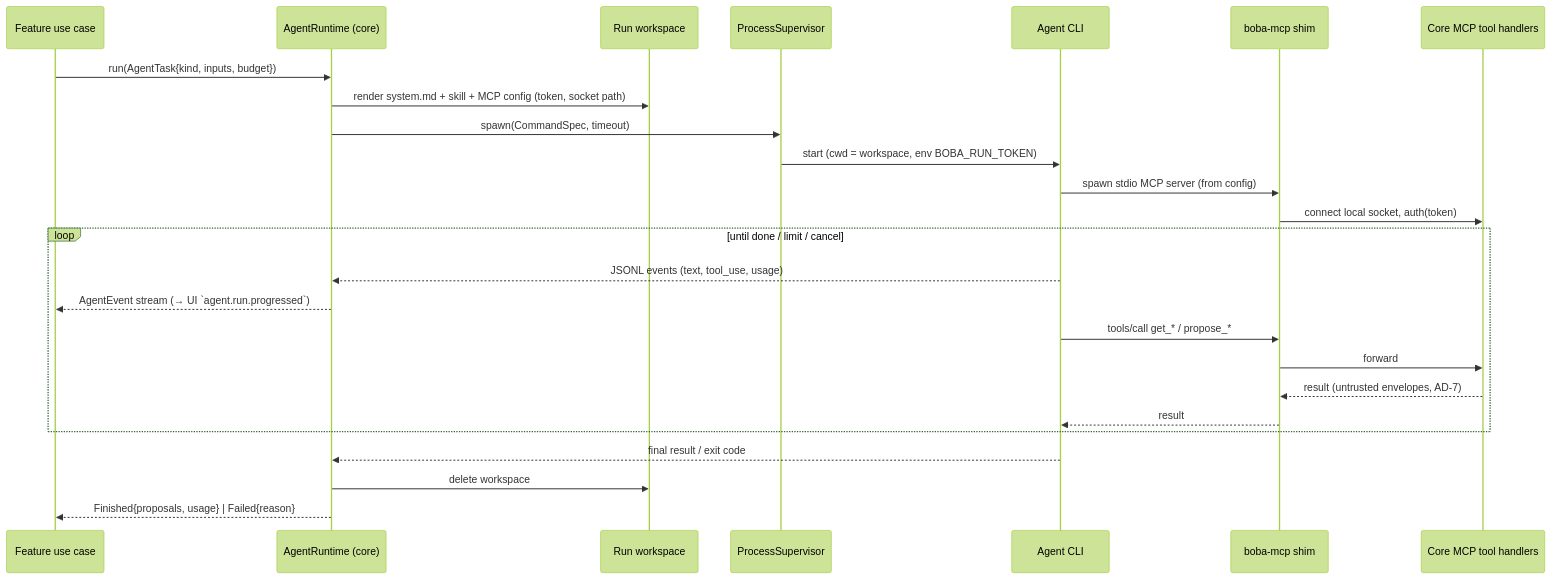
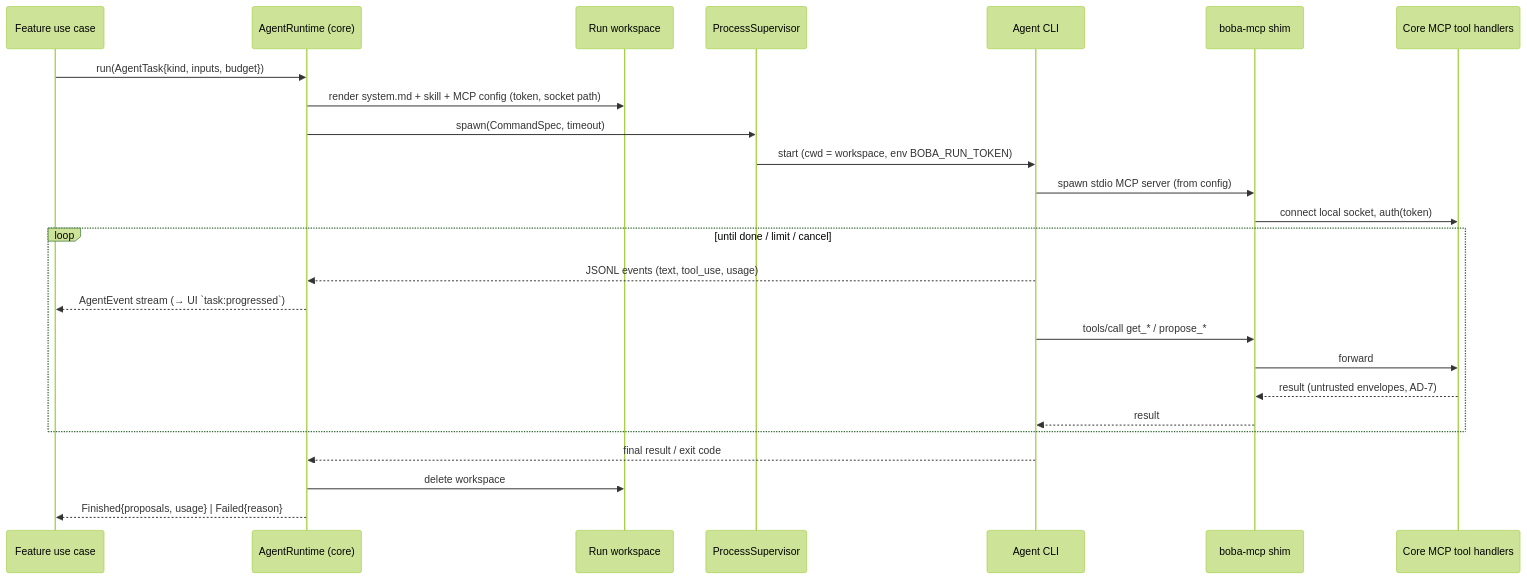
Before and after one commit to DdeDiegoA/bobba-job-find: the fourth of 7 diagrams in docs/architecture/architecture.md, drawn with Mermaid (forest theme). The commit also changed other lines of this file and 9 other files, not shown here.

Commit message:
docs(architecture): FD1 sync spine to built code, ADR-014..017, security model and residuals

````diff
--- a/docs/architecture/architecture.md
+++ b/docs/architecture/architecture.md
@@ -219,28 +219,28 @@
 ```mermaid
 sequenceDiagram
   participant F as Feature use case
   participant AR as AgentRuntime (core)
   participant FS as Run workspace
   participant P as ProcessSupervisor
   participant C as Agent CLI
   participant S as boba-mcp shim
   participant T as Core MCP tool handlers
 
   F->>AR: run(AgentTask{kind, inputs, budget})
   AR->>FS: render system.md + skill + MCP config (token, socket path)
   AR->>P: spawn(CommandSpec, timeout)
   P->>C: start (cwd = workspace, env BOBA_RUN_TOKEN)
   C->>S: spawn stdio MCP server (from config)
   S->>T: connect local socket, auth(token)
   loop until done / limit / cancel
     C-->>AR: JSONL events (text, tool_use, usage)
-    AR-->>F: AgentEvent stream (→ UI `agent.run.progressed`)
+    AR-->>F: AgentEvent stream (→ UI `task:progressed`)
     C->>S: tools/call get_* / propose_*
     S->>T: forward
     T-->>S: result (untrusted envelopes, AD-7)
     S-->>C: result
   end
   C-->>AR: final result / exit code
   AR->>FS: delete workspace
   AR-->>F: Finished{proposals, usage} | Failed{reason}
 ```
````
